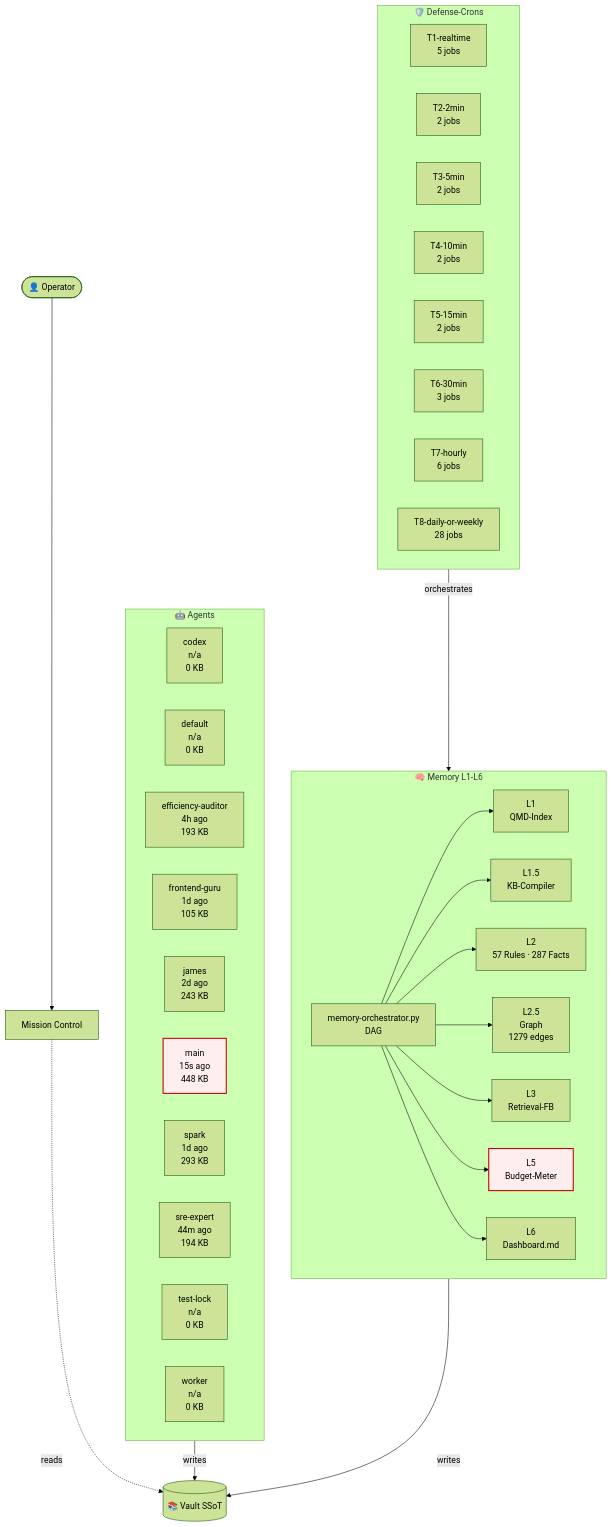
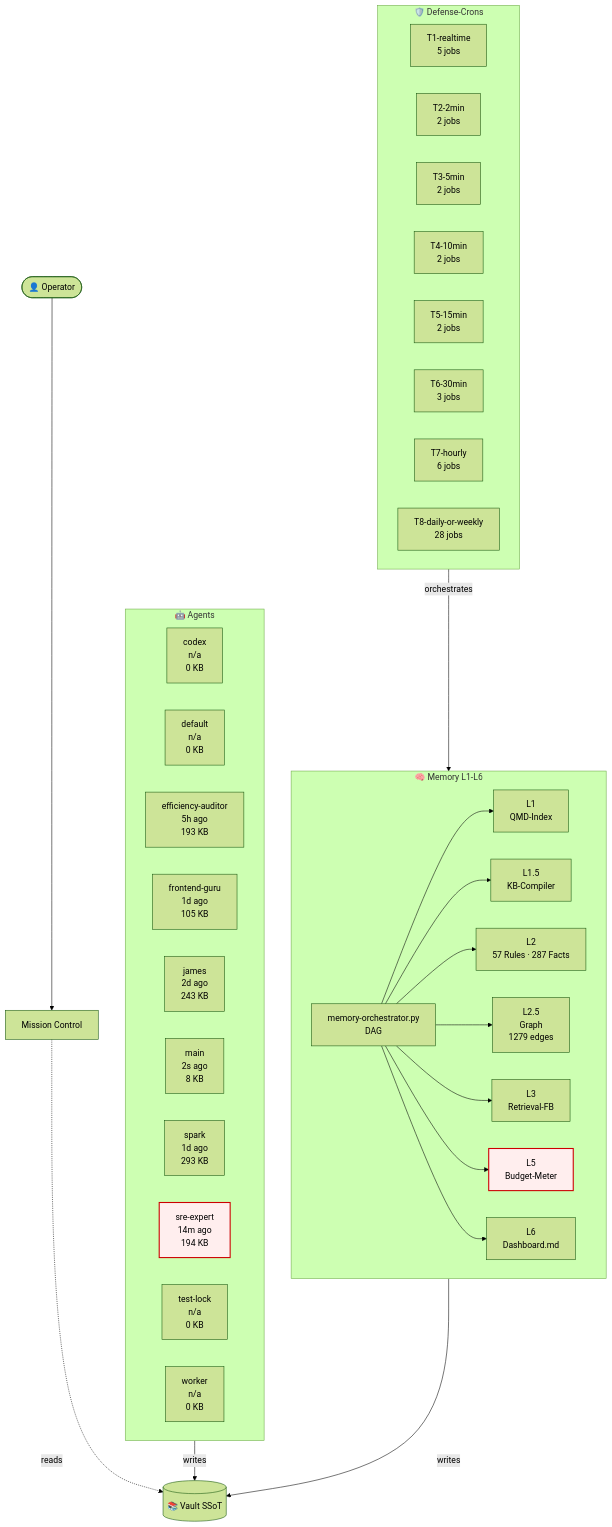
Before and after one commit to lenardhuebner88-rgb/openclaw-memory: the diagram in 03-Agents/architecture-live.md, drawn with Mermaid (forest theme). The commit also changed other lines of this file and 18 other files, not shown here.

````diff
--- a/03-Agents/architecture-live.md
+++ b/03-Agents/architecture-live.md
@@ -18,53 +18,53 @@
 ```mermaid
 flowchart TB
     classDef critical fill:#fee,stroke:#c00,stroke-width:2px;
     subgraph AGT["🤖 Agents"]
         agent_codex["codex<br/>n/a<br/>0 KB"]
         agent_default["default<br/>n/a<br/>0 KB"]
-        agent_efficiency_auditor["efficiency-auditor<br/>4h ago<br/>193 KB"]
+        agent_efficiency_auditor["efficiency-auditor<br/>5h ago<br/>193 KB"]
         agent_frontend_guru["frontend-guru<br/>1d ago<br/>105 KB"]
         agent_james["james<br/>2d ago<br/>243 KB"]
-        agent_main["main<br/>15s ago<br/>448 KB"]
+        agent_main["main<br/>2s ago<br/>8 KB"]
         agent_spark["spark<br/>1d ago<br/>293 KB"]
-        agent_sre_expert["sre-expert<br/>44m ago<br/>194 KB"]
+        agent_sre_expert["sre-expert<br/>14m ago<br/>194 KB"]
         agent_test_lock["test-lock<br/>n/a<br/>0 KB"]
         agent_worker["worker<br/>n/a<br/>0 KB"]
     end
     subgraph MEM["🧠 Memory L1-L6"]
         L1["L1<br/>QMD-Index"]
         L15["L1.5<br/>KB-Compiler"]
         L2["L2<br/>57 Rules · 287 Facts"]
         L25["L2.5<br/>Graph<br/>1279 edges"]
         L3["L3<br/>Retrieval-FB"]
         L5["L5<br/>Budget-Meter"]
         L6["L6<br/>Dashboard.md"]
         ORCH["memory-orchestrator.py<br/>DAG"]
     end
     subgraph CRN["🛡️ Defense-Crons"]
         tier_T1_realtime["T1-realtime<br/>5 jobs"]
         tier_T2_2min["T2-2min<br/>2 jobs"]
         tier_T3_5min["T3-5min<br/>2 jobs"]
         tier_T4_10min["T4-10min<br/>2 jobs"]
         tier_T5_15min["T5-15min<br/>2 jobs"]
         tier_T6_30min["T6-30min<br/>3 jobs"]
         tier_T7_hourly["T7-hourly<br/>6 jobs"]
         tier_T8_daily_or_weekly["T8-daily-or-weekly<br/>28 jobs"]
     end
     VAULT[("📚 Vault SSoT")]
     OP([👤 Operator])
     MC["Mission Control"]
     OP --> MC
     MC -.reads.-> VAULT
     AGT -->|writes| VAULT
     MEM -->|writes| VAULT
     ORCH --> L1
     ORCH --> L15
     ORCH --> L2
     ORCH --> L25
     ORCH --> L3
     ORCH --> L5
     ORCH --> L6
     CRN -->|orchestrates| MEM
     class L5 critical
-    class agent_main critical
+    class agent_sre_expert critical
 ```
````
